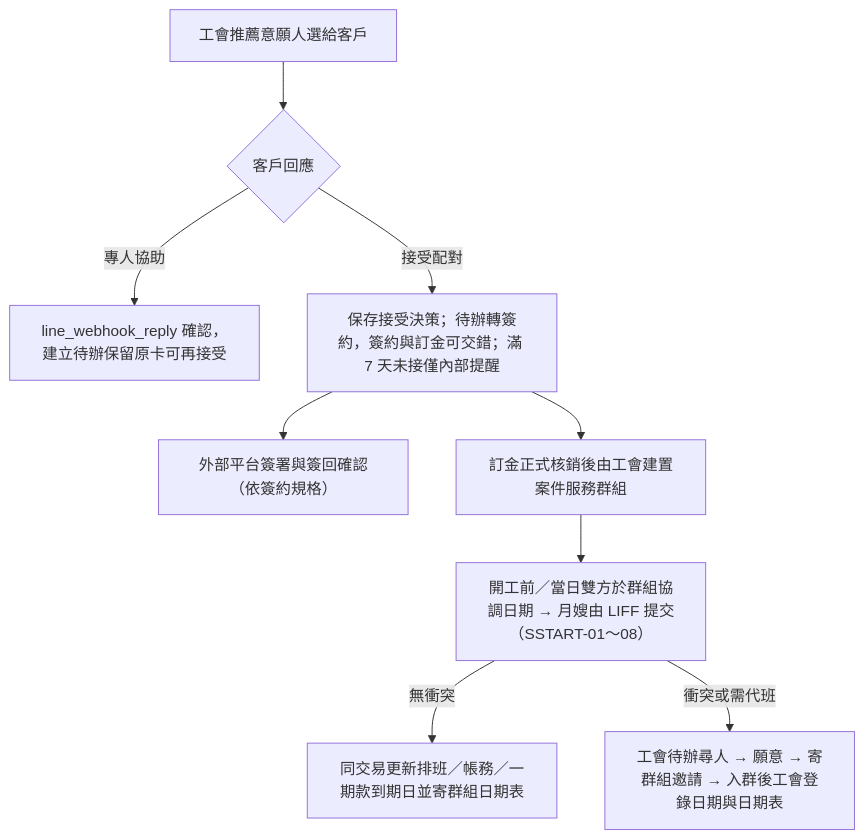
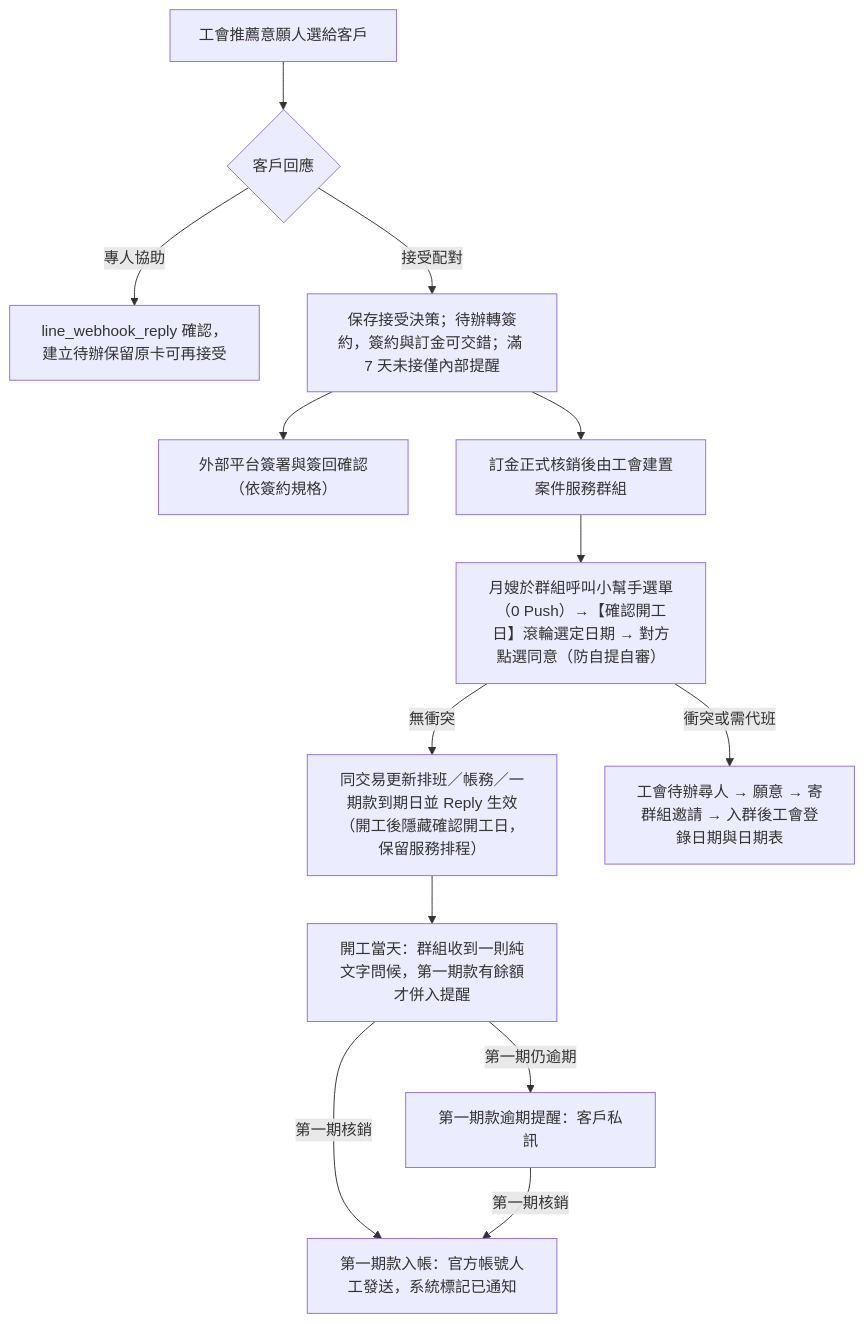
The third of 3 diagrams in document/架構重整/01_規格基線/26_LINE四大模組Eraser流程圖轉錄與驗收基線.md (chrishzc/Labor_union), drawn with Mermaid before and after one commit. The commit also changed other lines of this file and 144 other files, not shown here.

````diff
--- a/document/架構重整/01_規格基線/26_LINE四大模組Eraser流程圖轉錄與驗收基線.md
+++ b/document/架構重整/01_規格基線/26_LINE四大模組Eraser流程圖轉錄與驗收基線.md
@@ -113,11 +113,15 @@
 ```mermaid
 flowchart TD
   A["工會推薦意願人選給客戶"] --> B{"客戶回應"}
   B -->|專人協助| C["line_webhook_reply 確認，建立待辦保留原卡可再接受"]
   B -->|接受配對| D["保存接受決策；待辦轉簽約，簽約與訂金可交錯；滿 7 天未接僅內部提醒"]
   D --> S["外部平台簽署與簽回確認（依簽約規格）"]
   D --> E["訂金正式核銷後由工會建置案件服務群組"]
-  E --> F["開工前／當日雙方於群組協調日期 → 月嫂由 LIFF 提交（SSTART-01～08）"]
-  F -->|無衝突| G["同交易更新排班／帳務／一期款到期日並寄群組日期表"]
+  E --> F["月嫂於群組呼叫小幫手選單（0 Push）→【確認開工日】滾輪選定日期 → 對方點選同意（防自提自審）"]
+  F -->|無衝突| G["同交易更新排班／帳務／一期款到期日並 Reply 生效（開工後隱藏確認開工日，保留服務排程）"]
   F -->|衝突或需代班| H["工會待辦尋人 → 願意 → 寄群組邀請 → 入群後工會登錄日期與日期表"]
+  G --> I["開工當天：群組收到一則純文字問候，第一期款有餘額才併入提醒"]
+  I -->|第一期仍逾期| J["第一期款逾期提醒：客戶私訊"]
+  I -->|第一期核銷| K["第一期款入帳：官方帳號人工發送，系統標記已通知"]
+  J -->|第一期核銷| K
 ```
````
